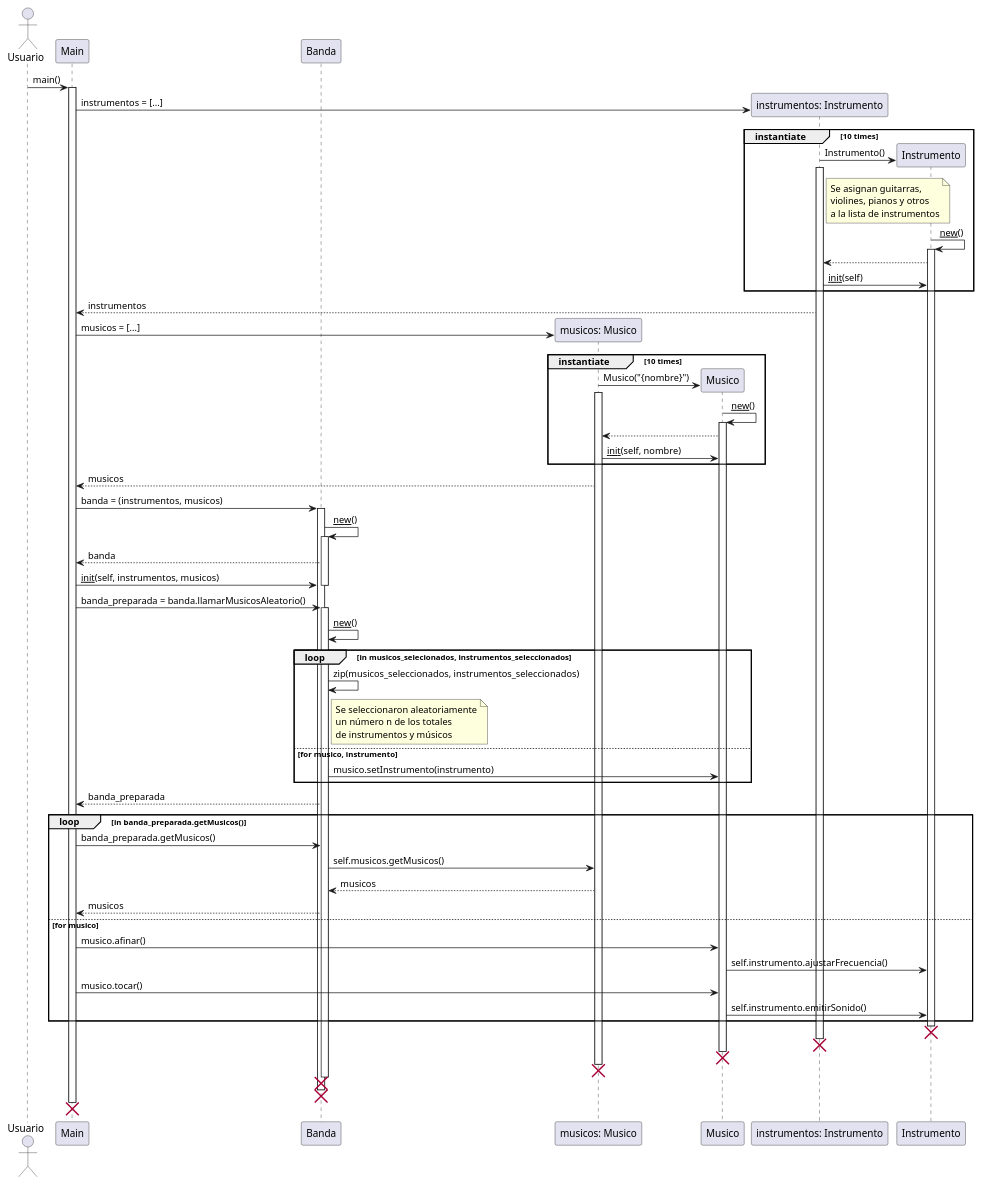
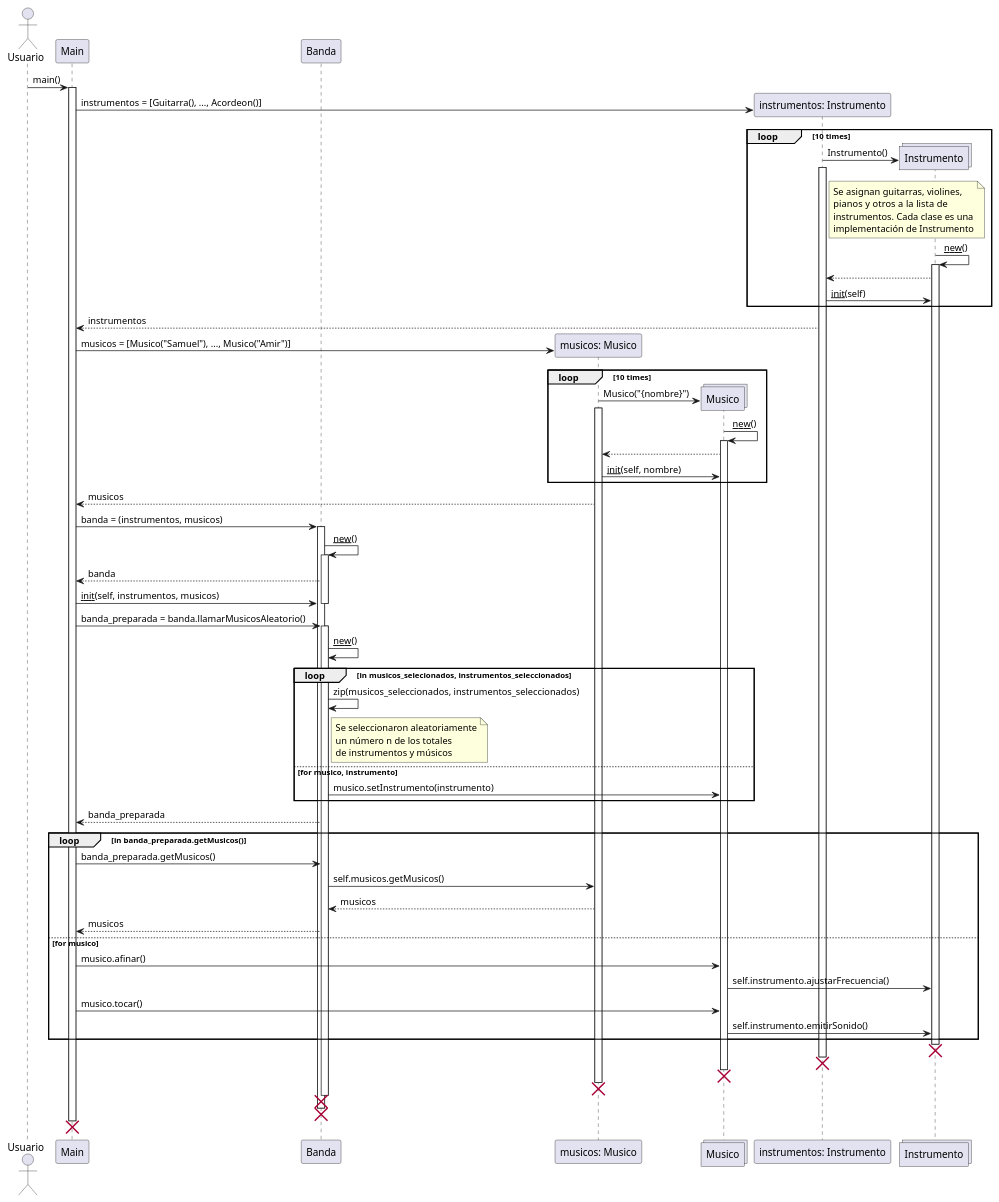
The diagram in diagramas/codigos/DiagramaSecuencia.puml (Inaryuta/Entregable-I-Modelos-Programacion-II), drawn with PlantUML before and after one commit. The commit also changed 3 other files, not shown here.

Commit message:
Mejora de diagrama de secuencia

```diff
--- a/diagramas/codigos/DiagramaSecuencia.puml
+++ b/diagramas/codigos/DiagramaSecuencia.puml
@@ -1,101 +1,102 @@
 @startuml Diagrama de Secuencia
 actor Usuario
 participant Main
 participant Banda
 participant "musicos: Musico"
-participant Musico
+collections Musico
 participant "instrumentos: Instrumento"
-participant Instrumento
+collections Instrumento
 
 
 Usuario -> Main : main()
 activate Main
 
 create "instrumentos: Instrumento"
-Main -> "instrumentos: Instrumento" : instrumentos = [...]
+Main -> "instrumentos: Instrumento" : instrumentos = [Guitarra(), ..., Acordeon()]
 
-group instantiate [10 times]
+group loop [10 times]
     create Instrumento
     "instrumentos: Instrumento" -> Instrumento : Instrumento()
     activate "instrumentos: Instrumento"
 
     note right of "instrumentos: Instrumento"
-        Se asignan guitarras,
-        violines, pianos y otros
-        a la lista de instrumentos
+        Se asignan guitarras, violines, 
+        pianos  y otros a la lista de 
+        instrumentos. Cada clase es una
+        implementación de Instrumento
     end note
 
     Instrumento -> Instrumento: __new__()
     activate Instrumento
 
     Instrumento --> "instrumentos: Instrumento"
     "instrumentos: Instrumento" -> Instrumento: __init__(self)
 end
 "instrumentos: Instrumento" --> Main : instrumentos
 
 
 
 create "musicos: Musico"
-Main -> "musicos: Musico" : musicos = [...]
+Main -> "musicos: Musico" : musicos = [Musico("Samuel"), ..., Musico("Amir")]
 
-group instantiate [10 times]
+group loop [10 times]
     create Musico
     "musicos: Musico" -> Musico: Musico("{nombre}")
     activate "musicos: Musico"
 
     Musico -> Musico: __new__()
     activate Musico
 
     Musico --> "musicos: Musico"
     "musicos: Musico" -> Musico: __init__(self, nombre)
 end
 "musicos: Musico" --> Main: musicos
 
 
 Main -> Banda : banda = (instrumentos, musicos)
 activate Banda
 Banda -> Banda : __new__()
 activate Banda
 Banda --> Main: banda
 Main -> Banda : __init__(self, instrumentos, musicos)
 deactivate Banda
 Main -> Banda : banda_preparada = banda.llamarMusicosAleatorio()
 activate Banda
 Banda -> Banda : __new__()
 
 loop in musicos_selecionados, instrumentos_seleccionados
     Banda -> Banda: zip(musicos_seleccionados, instrumentos_seleccionados)
 
     note right of Banda
         Se seleccionaron aleatoriamente
         un número n de los totales
         de instrumentos y músicos
     end note
 
 else for musico, instrumento
     Banda -> Musico: musico.setInstrumento(instrumento)
 end loop
 
 
 Banda --> Main : banda_preparada
 
 loop in banda_preparada.getMusicos()
     Main -> Banda : banda_preparada.getMusicos()
     Banda -> "musicos: Musico" : self.musicos.getMusicos()
     "musicos: Musico" --> Banda : musicos
     Banda --> Main: musicos
 else for musico
     Main -> Musico: musico.afinar()
     Musico -> Instrumento: self.instrumento.ajustarFrecuencia()
     Main -> Musico: musico.tocar()
     Musico -> Instrumento: self.instrumento.emitirSonido()
 end loop
 
 destroy Instrumento
 destroy "instrumentos: Instrumento"
 destroy Musico
 destroy "musicos: Musico"
 destroy Banda
 destroy Banda
 destroy Main
 @enduml
```
